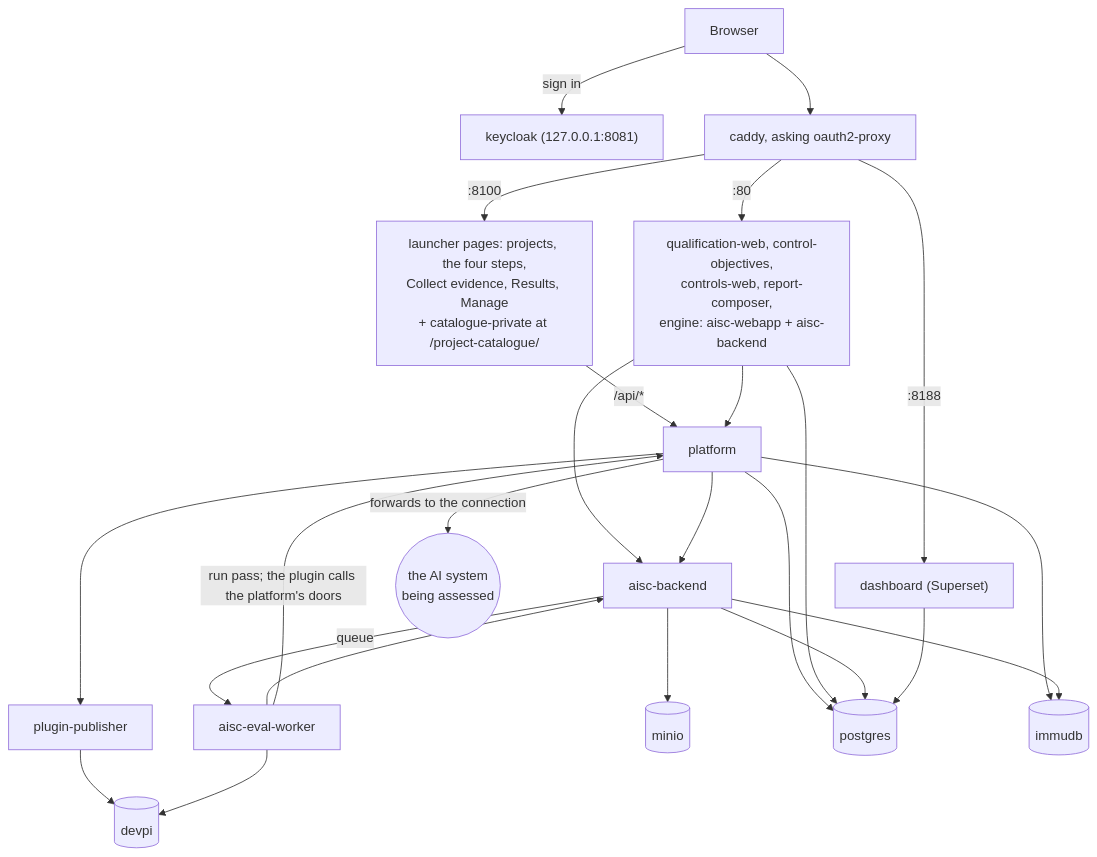
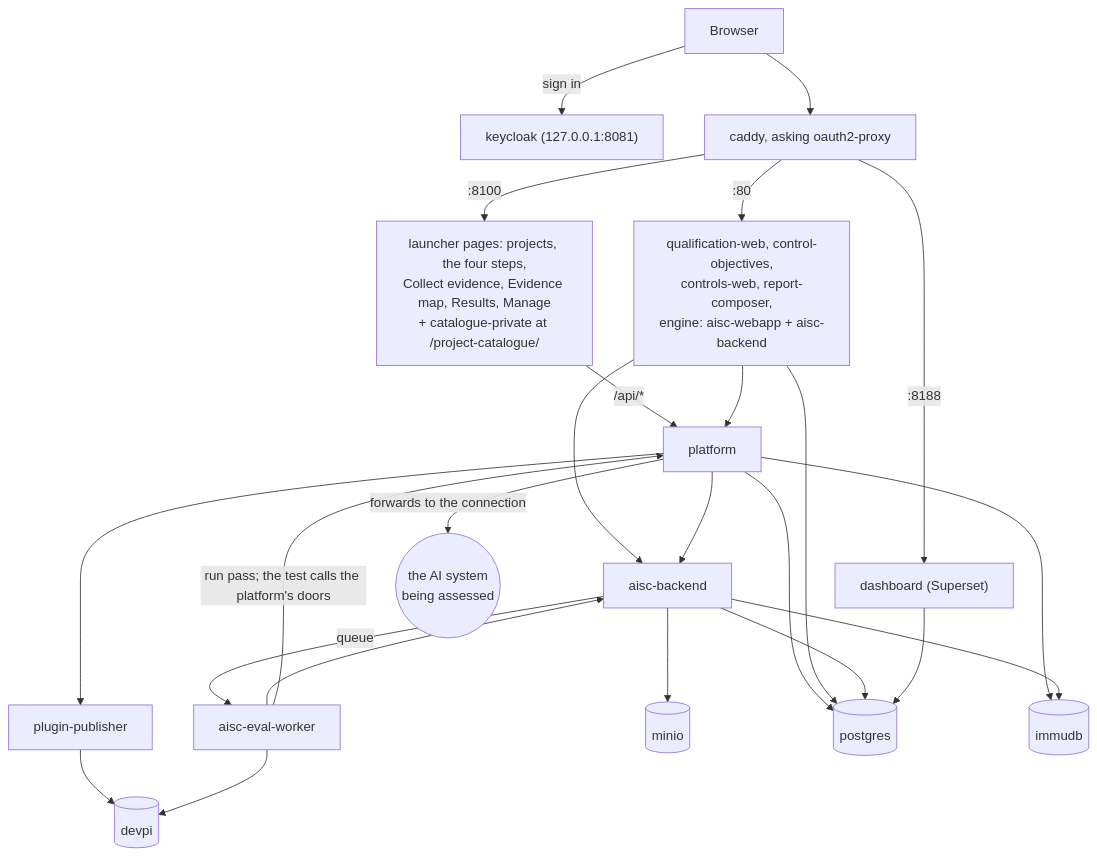
The diagram in docs/architecture.md (lux-ai-factory/aisc), drawn with Mermaid before and after one commit. The commit also changed other lines of this file and 19 other files, not shown here.

````diff
--- a/docs/architecture.md
+++ b/docs/architecture.md
@@ -41,21 +51,21 @@
 ```mermaid
 flowchart TB
     B[Browser] -->|sign in| KC["keycloak (127.0.0.1:8081)"]
     B --> GW["caddy, asking oauth2-proxy"]
-    GW -->|":8100"| L["launcher pages: projects, the four steps,<br/>Collect evidence, Results, Manage<br/>+ catalogue-private at /project-catalogue/"]
+    GW -->|":8100"| L["launcher pages: projects, the four steps,<br/>Collect evidence, Evidence map, Results, Manage<br/>+ catalogue-private at /project-catalogue/"]
     GW -->|":80"| APPS["qualification-web, control-objectives,<br/>controls-web, report-composer,<br/>engine: aisc-webapp + aisc-backend"]
     GW -->|":8188"| DASH["dashboard (Superset)"]
     L -->|"/api/*"| P["platform"]
     APPS --> P
     APPS --> BE["aisc-backend"]
     P --> PUB["plugin-publisher"] --> IDX[("devpi")]
     P --> BE
     BE -->|queue| W["aisc-eval-worker"]
     W --> BE
     W --> IDX
-    W -->|"run pass; the plugin calls the platform's doors"| P
+    W -->|"run pass; the test calls the platform's doors"| P
     P -->|"forwards to the connection"| SYS(("the AI system<br/>being assessed"))
     BE --> M[("minio")]
     P & APPS & BE & DASH --> DB[("postgres")]
     P & BE --> IM[("immudb")]
 ```
````
